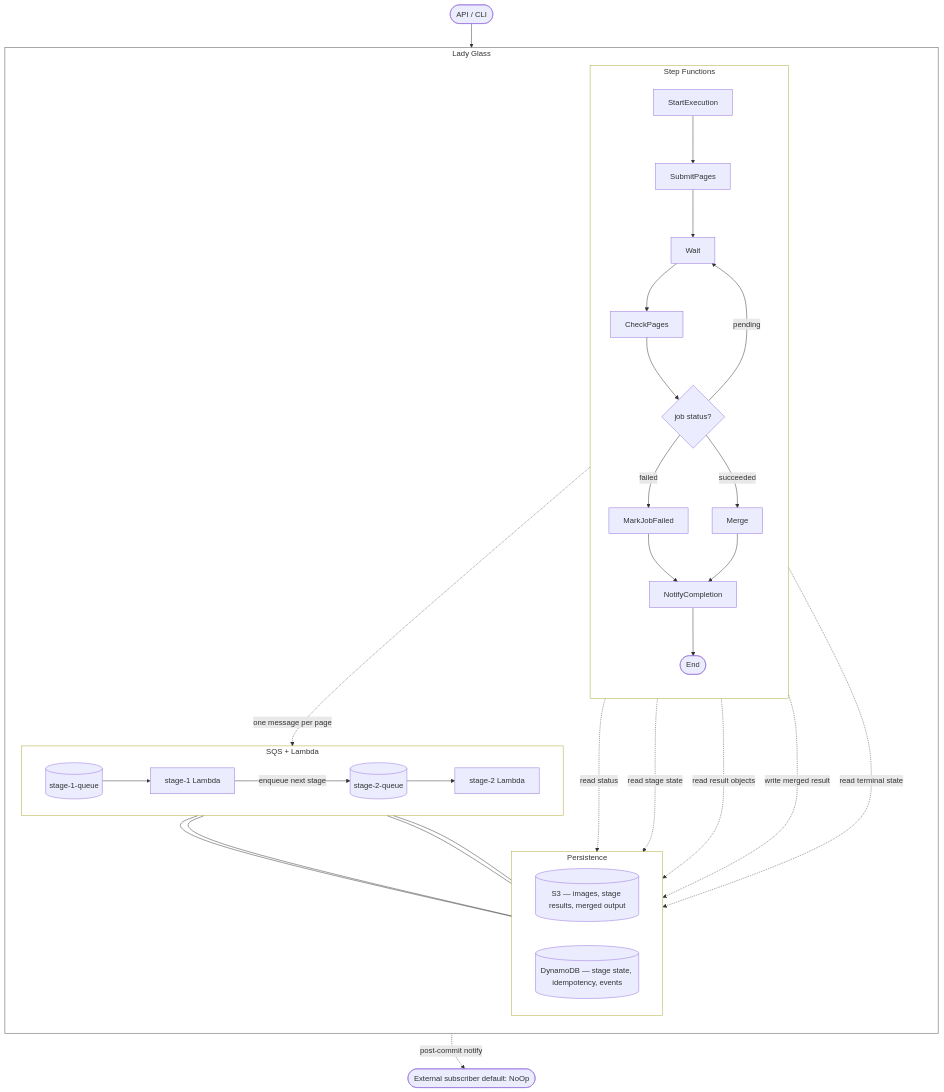
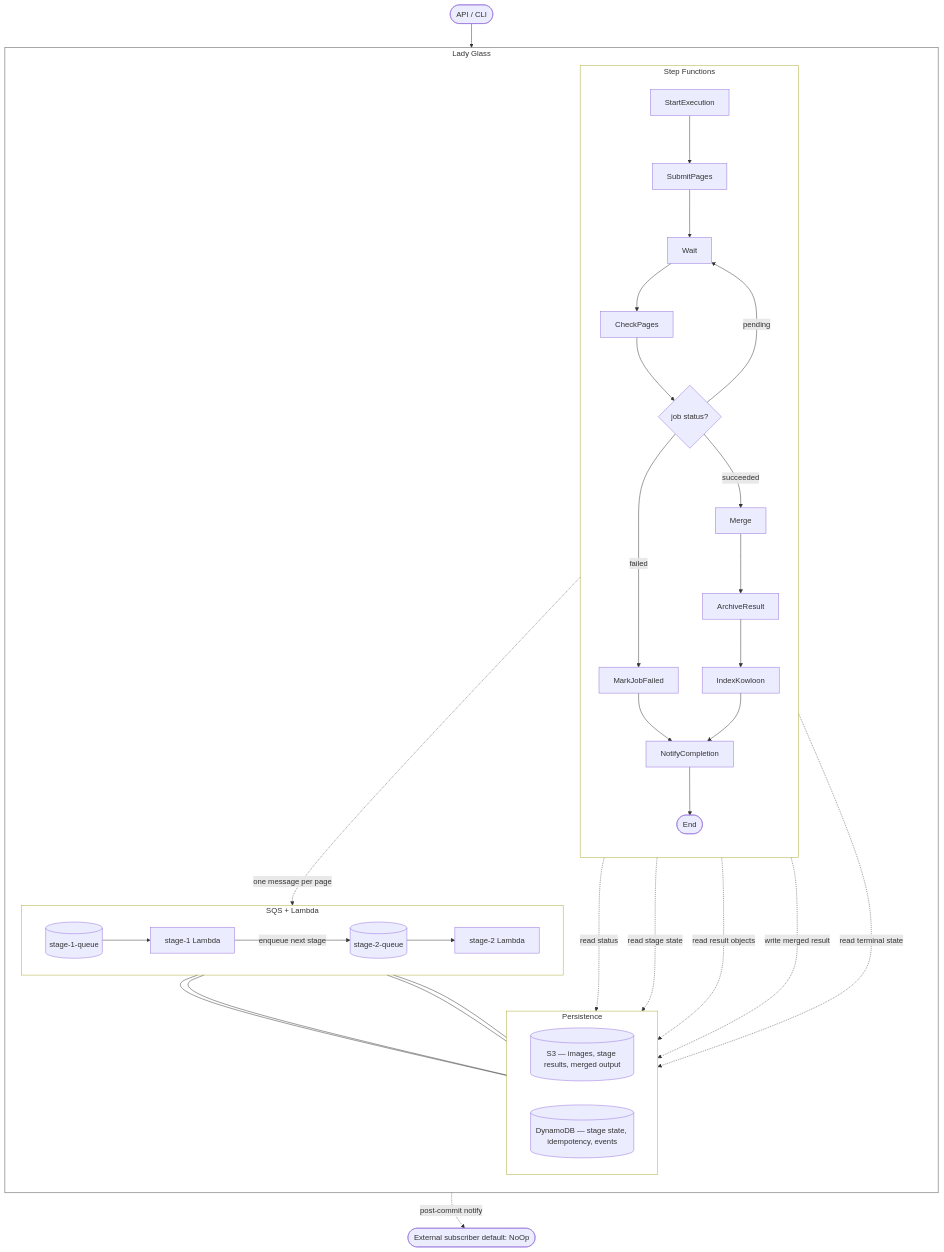
One commit to keix/lady-glass changed the diagram in README.md. Above: the diagram before and after it, drawn with Mermaid. The commit also changed other lines of this file, not shown here.

Commit message:
README: surface enrich_transactions and post-Merge SFN nodes
Extends the SFN mermaid to show Merge → ArchiveResult → IndexKowloon
→ NotifyCompletion, matching the per-job workflow steps that just
landed. Also appends enrich_transactions/v1 to the shipped chain
list so the text and the chain registry agree.

````diff
--- a/README.md
+++ b/README.md
@@ -19,57 +19,59 @@
 ```mermaid
 flowchart TB
     User([API / CLI]) --> StartExec[StartExecution]
 
     subgraph LG["Lady Glass"]
         direction TB
 
         subgraph SFN["Step Functions"]
             direction TB
             StartExec --> SubmitPages
             SubmitPages --> WaitLoop[Wait]
             WaitLoop --> CheckPages
             CheckPages --> Choice{job status?}
             Choice -- pending --> WaitLoop
             Choice -- failed --> MarkFailed[MarkJobFailed]
             Choice -- succeeded --> Merge
             MarkFailed --> Notify[NotifyCompletion]
-            Merge --> Notify
+            Merge --> Archive[ArchiveResult]
+            Archive --> Index[IndexKowloon]
+            Index --> Notify[NotifyCompletion]
             Notify --> Done([End])
         end
 
         subgraph CHAIN["SQS + Lambda"]
             direction LR
             Q1[(stage-1-queue)] --> L1[stage-1 Lambda]
             L1 -- enqueue next stage --> Q2[(stage-2-queue)]
             Q2 --> L2[stage-2 Lambda]
         end
 
         subgraph PERSIST["Persistence"]
             direction LR
             S3[(S3 — images, stage results, merged output)]
             DDB[(DynamoDB — stage state, idempotency, events)]
         end
     end
 
     Subscriber([External subscriber default: NoOp])
 
     SubmitPages -. one message per page .-> Q1
     CheckPages -. read status .-> DDB
     Merge -. read stage state .-> DDB
     Merge -. read result objects .-> S3
     Merge -. write merged result .-> S3
     Notify -. read terminal state .-> DDB
     Notify -. post-commit notify .-> Subscriber
 
     L1 --- S3
     L1 --- DDB
     L2 --- S3
     L2 --- DDB
 
     Done ~~~ Subscriber
 
     style LG fill:none,stroke:#888,stroke-width:1.5px
     style SFN fill:none
     style CHAIN fill:none
     style PERSIST fill:none
 ```
````
